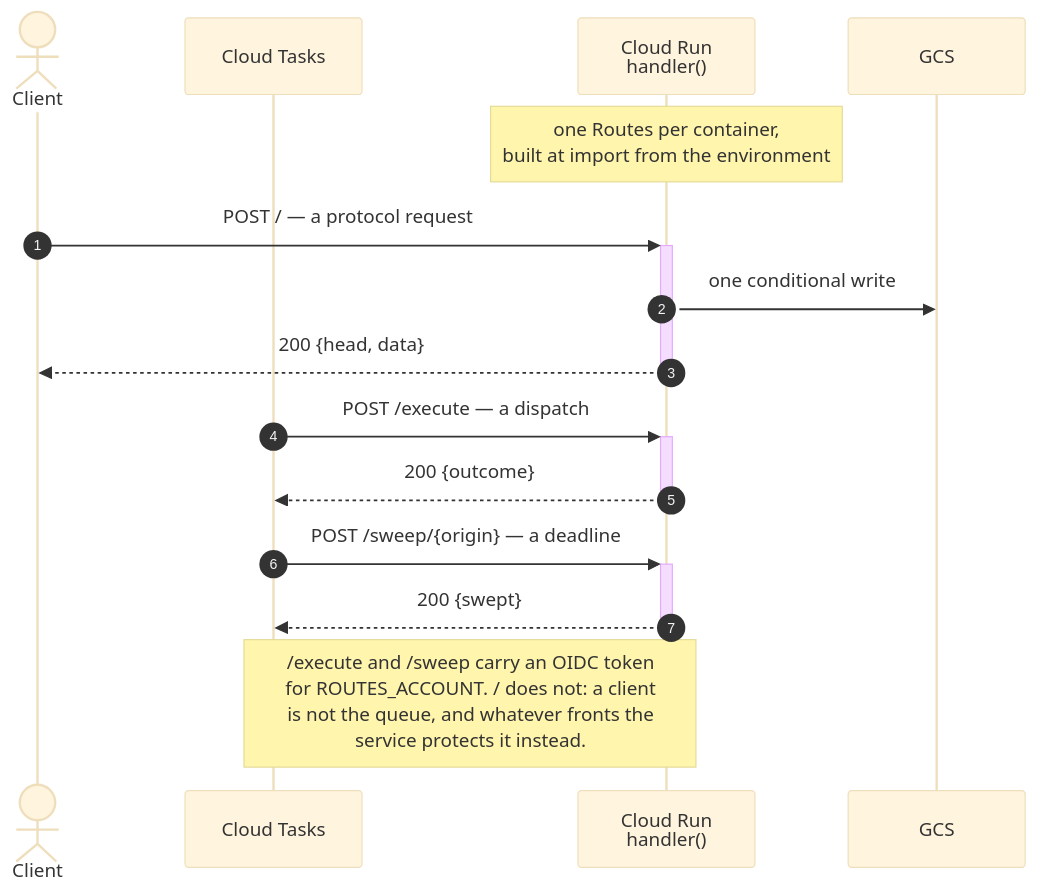
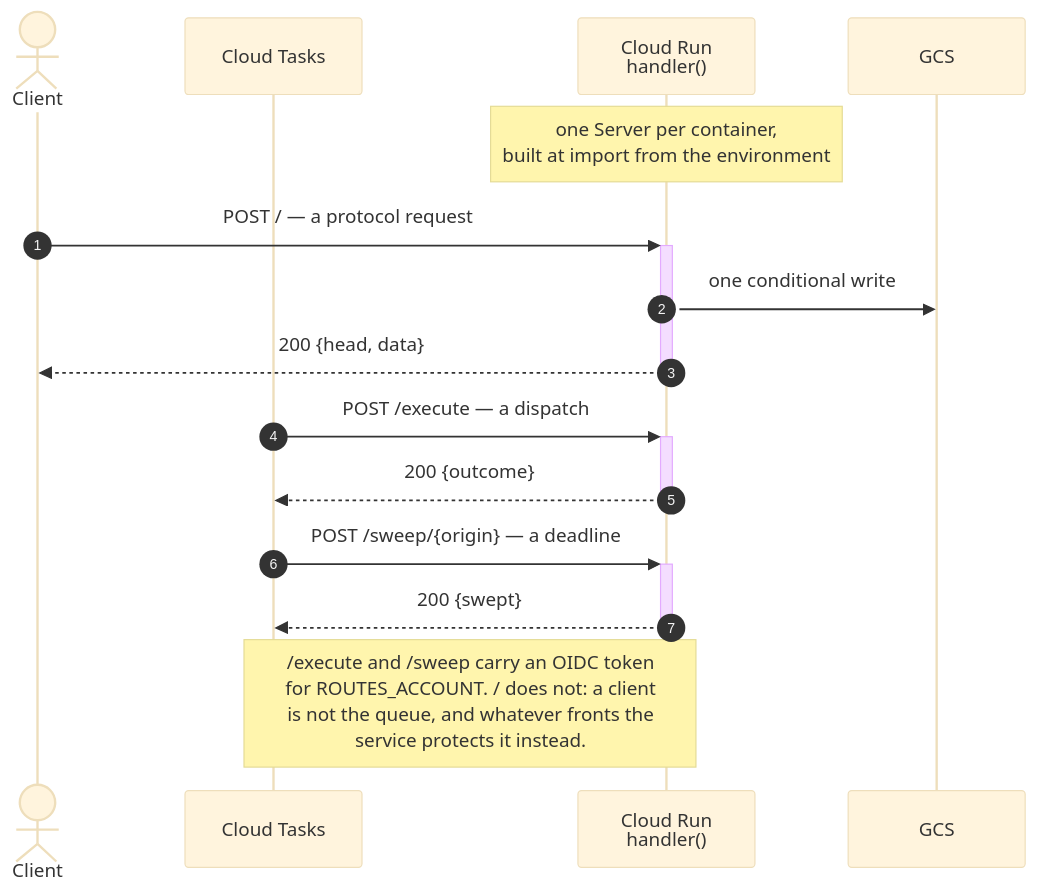
The first of 6 diagrams in code/final/SEQUENCE.md (resonatehq/durable-execution), drawn with Mermaid (base theme) before and after one commit. The commit also changed other lines of this file and 28 other files, not shown here.

````diff
--- a/code/final/SEQUENCE.md
+++ b/code/final/SEQUENCE.md
@@ -45,22 +45,22 @@
 ```mermaid
 sequenceDiagram
     autonumber
     actor C as Client
     participant Q as Cloud Tasks
     participant F as Cloud Run<br/>handler()
     participant S as GCS
 
-    Note over F: one Routes per container,<br/>built at import from the environment
+    Note over F: one Server per container,<br/>built at import from the environment
 
     C->>+F: POST / — a protocol request
     F->>S: one conditional write
     F-->>-C: 200 {head, data}
 
     Q->>+F: POST /execute — a dispatch
     F-->>-Q: 200 {outcome}
 
     Q->>+F: POST /sweep/{origin} — a deadline
     F-->>-Q: 200 {swept}
 
     Note over Q,F: /execute and /sweep carry an OIDC token<br/>for ROUTES_ACCOUNT. / does not: a client<br/>is not the queue, and whatever fronts the<br/>service protects it instead.
 ```
````
